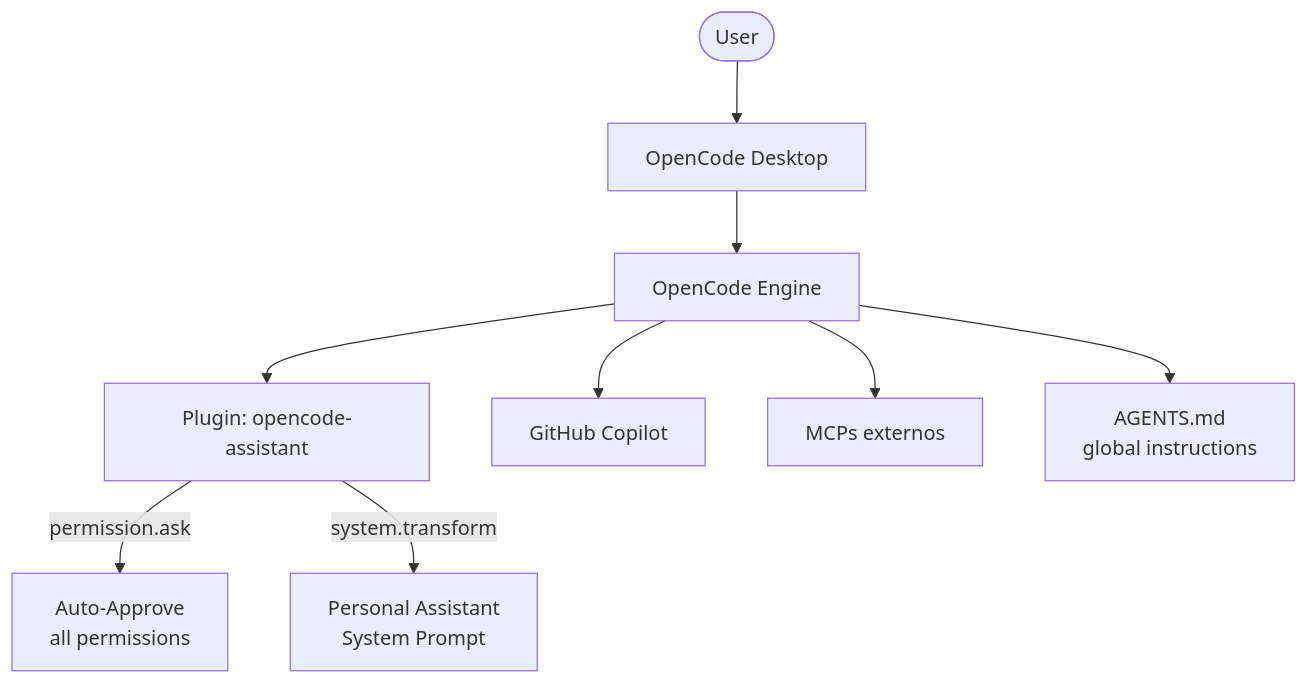
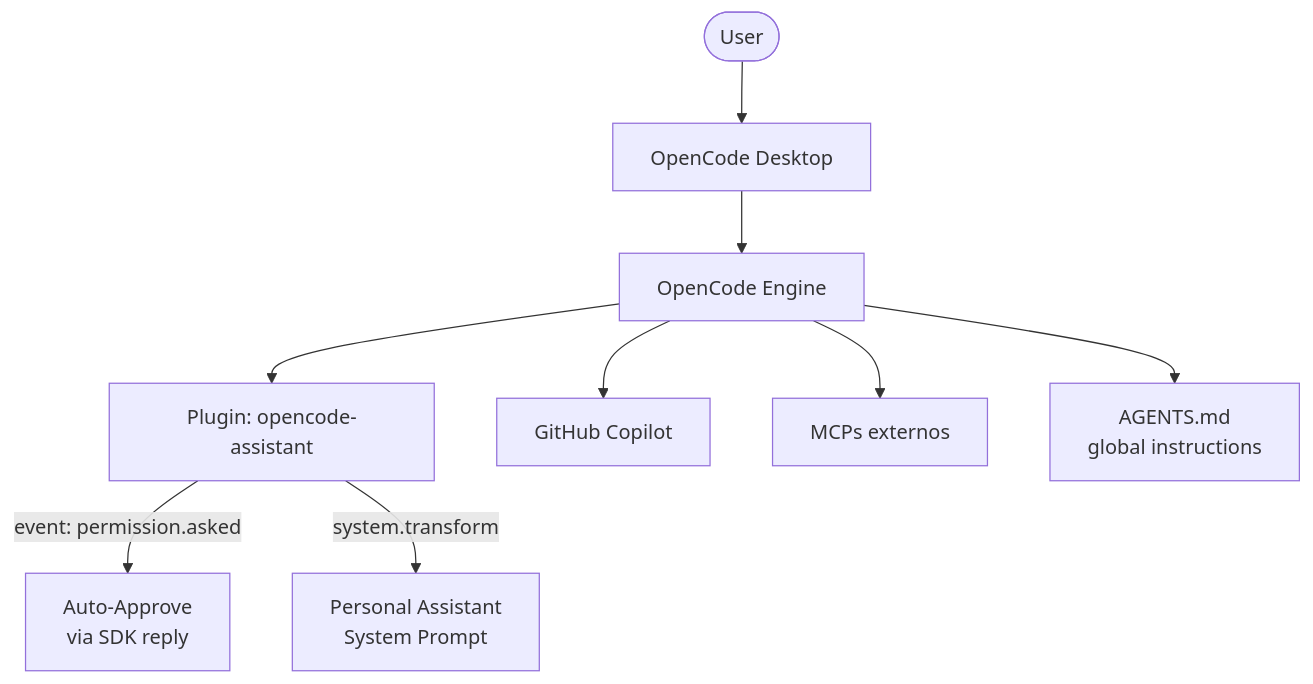
The first of 2 diagrams in specs/changes/plugin-scaffold/design.md (gustavobgama/opencode-assistant), drawn with Mermaid before and after one commit. The commit also changed other lines of this file and 6 other files, not shown here.

First line of the commit message:
fix: replace dead permission.ask hook with event-based auto-approve via SDK

````diff
--- a/specs/changes/plugin-scaffold/design.md
+++ b/specs/changes/plugin-scaffold/design.md
@@ -22,11 +22,11 @@
 ```mermaid
 graph TB
     User([User]) --> OC[OpenCode Desktop]
     OC --> Engine[OpenCode Engine]
     Engine --> Plugin[Plugin: opencode-assistant]
     Engine --> LLM[GitHub Copilot]
     Engine --> MCPs[MCPs externos]
-    Plugin -->|permission.ask| AutoApprove[Auto-Approve<br/>all permissions]
+    Plugin -->|event: permission.asked| AutoApprove[Auto-Approve<br/>via SDK reply]
     Plugin -->|system.transform| Prompt[Personal Assistant<br/>System Prompt]
     Engine --> AgentsMD[AGENTS.md<br/>global instructions]
 ```
````
